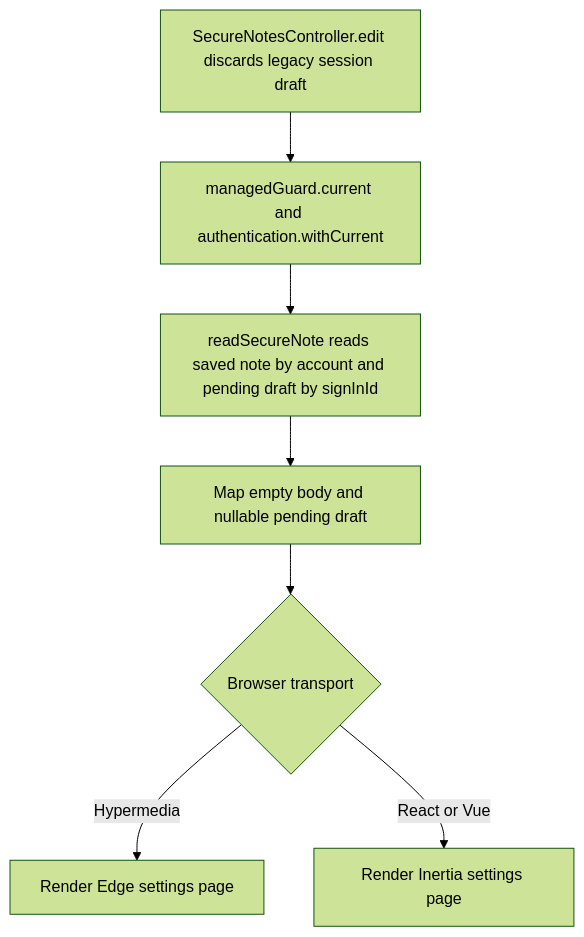
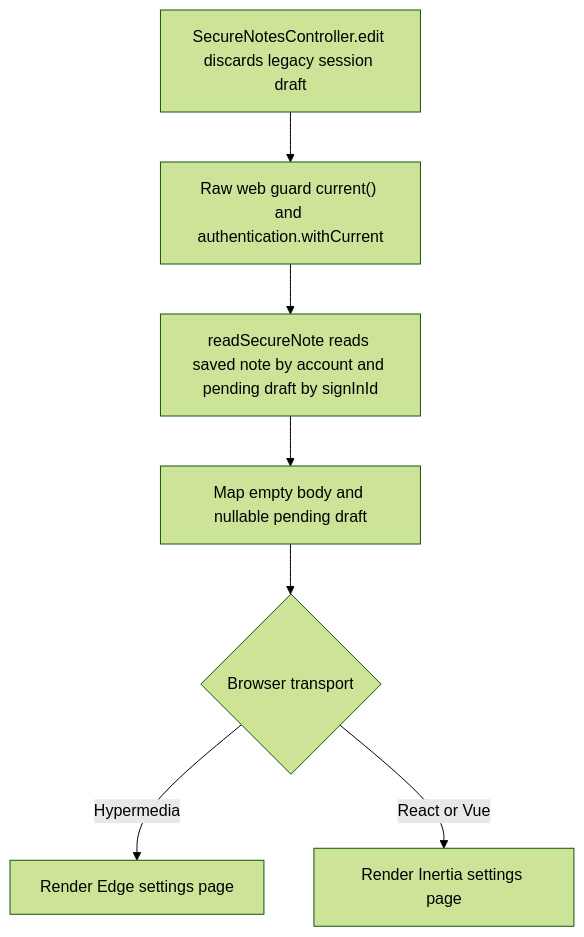
The second of 2 diagrams in user-stories/notes/us-note-03-open-secure-note.md (Kevinjohn/oss-adonisjs-starter-examples), drawn with Mermaid (forest theme) before and after one commit. The commit also changed 67 other files, not shown here.

Commit message:
Adopt native browser sessions and pin Masquerade schema replay

````diff
--- a/user-stories/notes/us-note-03-open-secure-note.md
+++ b/user-stories/notes/us-note-03-open-secure-note.md
@@ -32,9 +32,9 @@
 ```mermaid
 flowchart TD
-    A["SecureNotesController.edit discards legacy session draft"] --> B["managedGuard.current and authentication.withCurrent"]
+    A["SecureNotesController.edit discards legacy session draft"] --> B["Raw web guard current() and authentication.withCurrent"]
     B --> C["readSecureNote reads saved note by account and pending draft by signInId"]
     C --> D["Map empty body and nullable pending draft"]
     D --> E{"Browser transport"}
     E -->|Hypermedia| F["Render Edge settings page"]
     E -->|React or Vue| G["Render Inertia settings page"]
 ```
````
